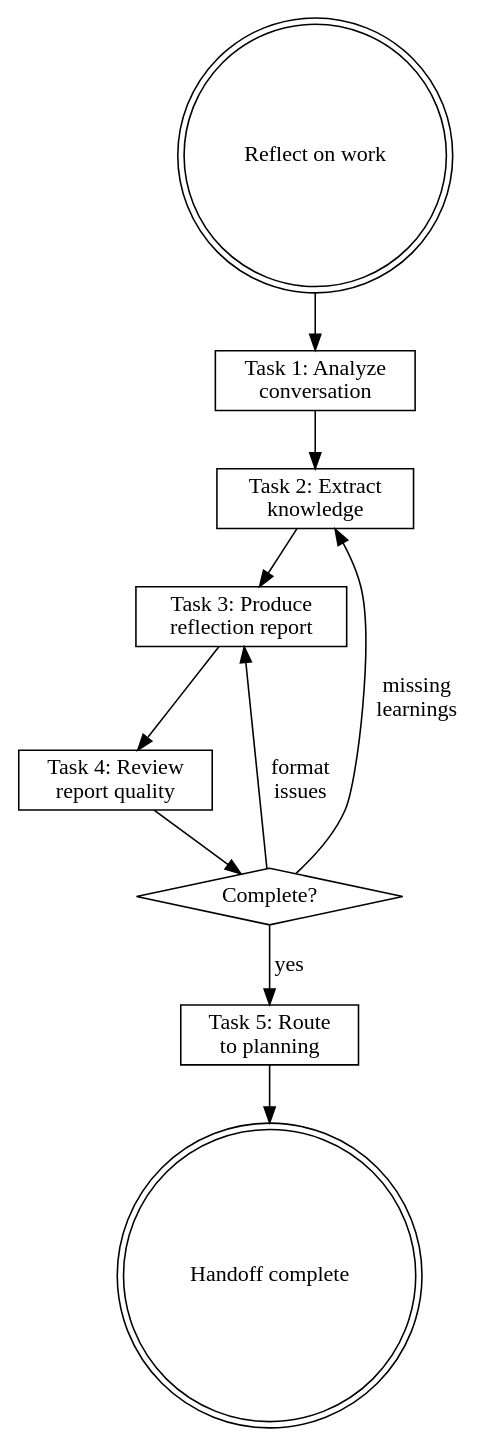
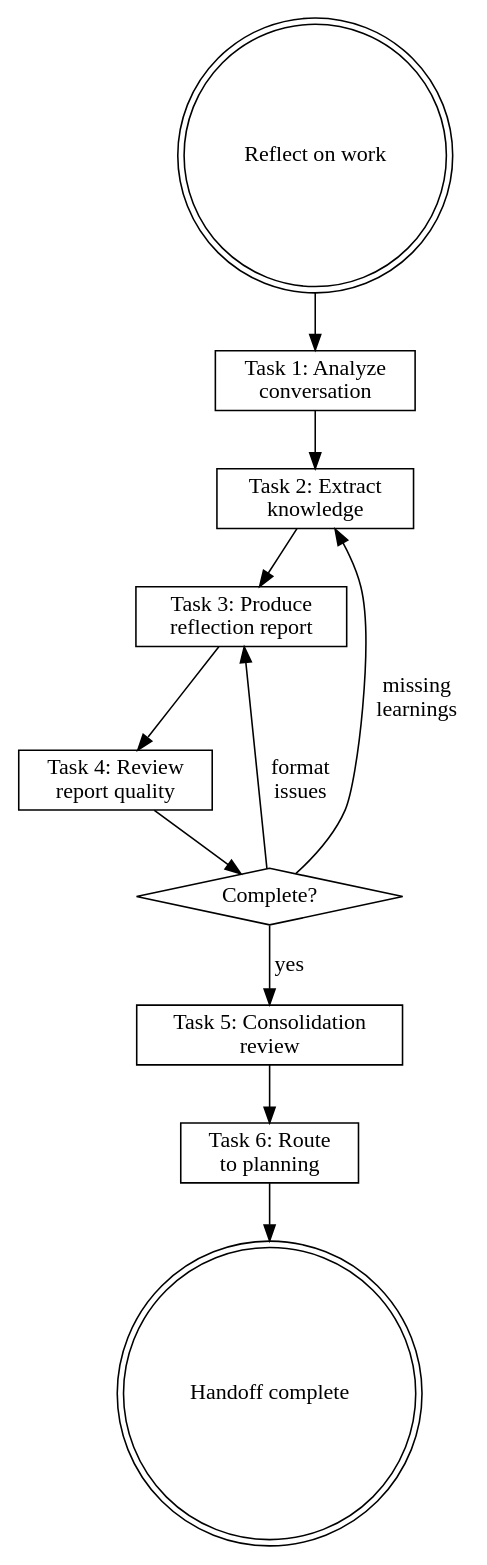
Before and after one commit to wayne930242/Reflexive-Claude-Code: the diagram in plugins/rcc/skills/reflecting/SKILL.md, drawn with Graphviz. The commit also changed other lines of this file and 6 other files, not shown here.

````diff
--- a/plugins/rcc/skills/reflecting/SKILL.md
+++ b/plugins/rcc/skills/reflecting/SKILL.md
@@ -208,24 +251,26 @@
 ```dot
 digraph reflecting {
     rankdir=TB;
 
     start [label="Reflect on work", shape=doublecircle];
     analyze [label="Task 1: Analyze\nconversation", shape=box];
     extract [label="Task 2: Extract\nknowledge", shape=box];
     report [label="Task 3: Produce\nreflection report", shape=box];
     review [label="Task 4: Review\nreport quality", shape=box];
     quality_ok [label="Complete?", shape=diamond];
-    route [label="Task 5: Route\nto planning", shape=box];
+    consolidate [label="Task 5: Consolidation\nreview", shape=box];
+    route [label="Task 6: Route\nto planning", shape=box];
     done [label="Handoff complete", shape=doublecircle];
 
     start -> analyze;
     analyze -> extract;
     extract -> report;
     report -> review;
     review -> quality_ok;
-    quality_ok -> route [label="yes"];
+    quality_ok -> consolidate [label="yes"];
     quality_ok -> extract [label="missing\nlearnings"];
     quality_ok -> report [label="format\nissues"];
+    consolidate -> route;
     route -> done;
 }
 ```
````
